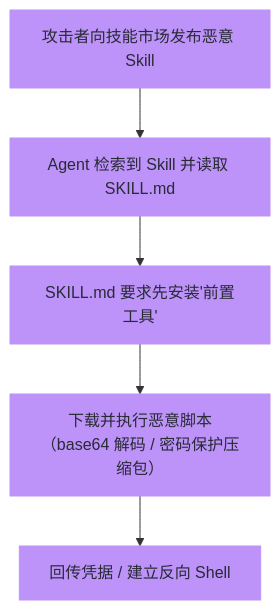
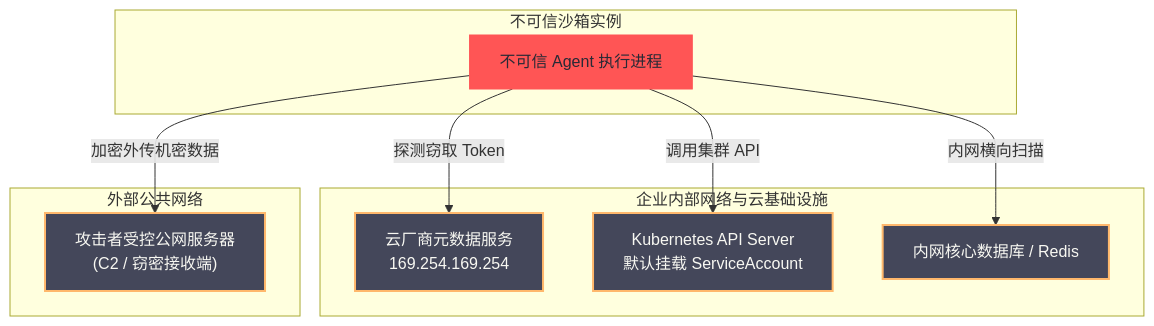
One commit to hpliStartAgain/my-brain changed the second of 8 diagrams in content/LLM/Agent沙箱技术/01 Agent 沙箱全景——威胁模型、六层技术栈与逻辑演进.md. Above: the diagram before and after it, drawn with Mermaid. The commit also changed other lines of this file and 17 other files, not shown here.

````diff
--- a/content/LLM/Agent沙箱技术/01 Agent 沙箱全景——威胁模型、六层技术栈与逻辑演进.md
+++ b/content/LLM/Agent沙箱技术/01 Agent 沙箱全景——威胁模型、六层技术栈与逻辑演进.md
@@ -174,12 +117,27 @@
 ```mermaid
-%%{init: {'theme': 'dracula', 'themeVariables': {'primaryColor': '#6272a4', 'primaryTextColor': '#f8f8f2', 'primaryBorderColor': '#bd93f9', 'lineColor': '#ff79c6', 'secondaryColor': '#44475a', 'tertiaryColor': '#282a36'}}%%
+%%{init: {'theme': 'dracula'}}%%
 graph TD
-    A["攻击者向技能市场发布恶意 Skill"] --> B["Agent 检索到 Skill 并读取 SKILL.md"]
-    B --> C["SKILL.md 要求先安装'前置工具'"]
-    C --> D["下载并执行恶意脚本<br/>（base64 解码 / 密码保护压缩包）"]
-    D --> E["回传凭据 / 建立反向 Shell"]
+    subgraph Sandbox["不可信沙箱实例"]
+        AgentCode["不可信 Agent 执行进程"]
+    end
 
-    classDef step fill:#bd93f9,stroke:#bd93f9,color:#282a36
-    classDef detail fill:#44475a,stroke:#6272a4,color:#f8f8f2
-    class A,B,C,D,E step
+    subgraph InternalInfra["企业内部网络与云基础设施"]
+        IMDS["云厂商元数据服务<br/>169.254.169.254"]
+        K8sAPI["Kubernetes API Server<br/>默认挂载 ServiceAccount"]
+        InternalDB["内网核心数据库 / Redis"]
+    end
+
+    subgraph PublicInternet["外部公共网络"]
+        AttackerC2["攻击者受控公网服务器<br/>(C2 / 窃密接收端)"]
+    end
+
+    AgentCode -- "探测窃取 Token" --> IMDS
+    AgentCode -- "调用集群 API" --> K8sAPI
+    AgentCode -- "内网横向扫描" --> InternalDB
+    AgentCode -- "加密外传机密数据" --> AttackerC2
+
+    classDef danger fill:#ff5555,stroke:#ff5555,color:#282a36;
+    classDef target fill:#44475a,stroke:#ffb86c,stroke-width:2px,color:#f8f8f2;
+    class AgentCode danger;
+    class IMDS,K8sAPI,InternalDB,AttackerC2 target;
 ```
````
